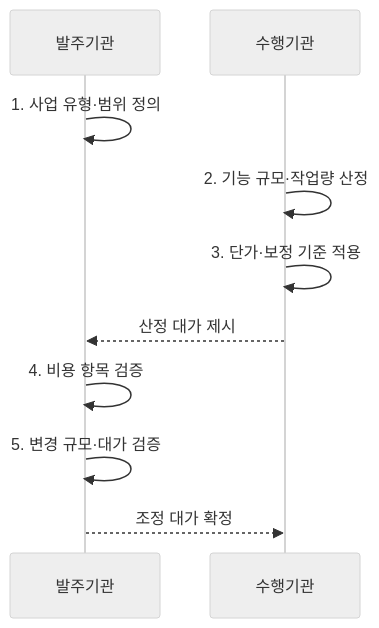
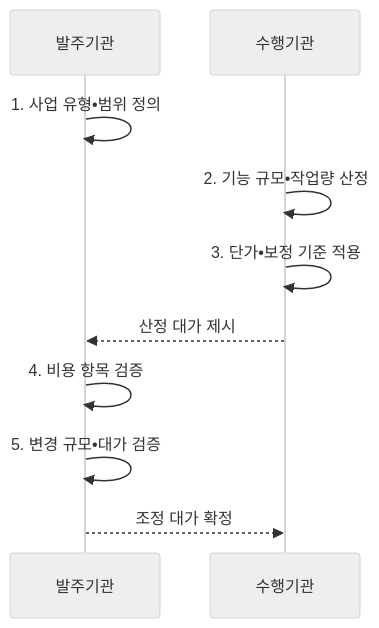
Before and after one commit to agnusdei1207/knowledge-base: the second of 2 diagrams in src/content/docs/notes/07-law-policy/018_sw_cost_estimation.md, drawn with Mermaid (neutral theme). The commit also changed other lines of this file and 953 other files, not shown here.

````diff
--- a/src/content/docs/notes/07-law-policy/018_sw_cost_estimation.md
+++ b/src/content/docs/notes/07-law-policy/018_sw_cost_estimation.md
@@ -114,12 +114,12 @@
 ```mermaid
 sequenceDiagram
     participant 발주기관
     participant 수행기관
-    발주기관->>발주기관: 1. 사업 유형·범위 정의
-    수행기관->>수행기관: 2. 기능 규모·작업량 산정
-    수행기관->>수행기관: 3. 단가·보정 기준 적용
+    발주기관->>발주기관: 1. 사업 유형•범위 정의
+    수행기관->>수행기관: 2. 기능 규모•작업량 산정
+    수행기관->>수행기관: 3. 단가•보정 기준 적용
     수행기관-->>발주기관: 산정 대가 제시
     발주기관->>발주기관: 4. 비용 항목 검증
-    발주기관->>발주기관: 5. 변경 규모·대가 검증
+    발주기관->>발주기관: 5. 변경 규모•대가 검증
     발주기관-->>수행기관: 조정 대가 확정
 ```
````
